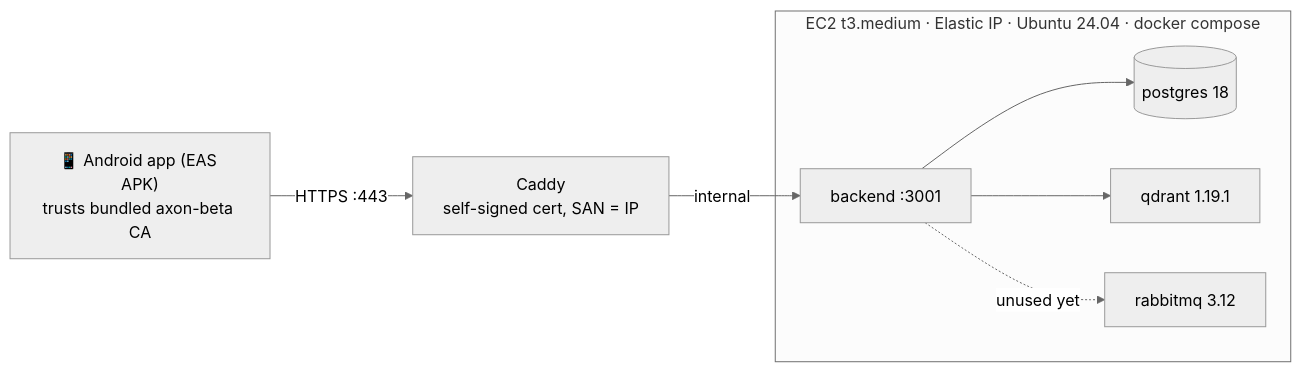
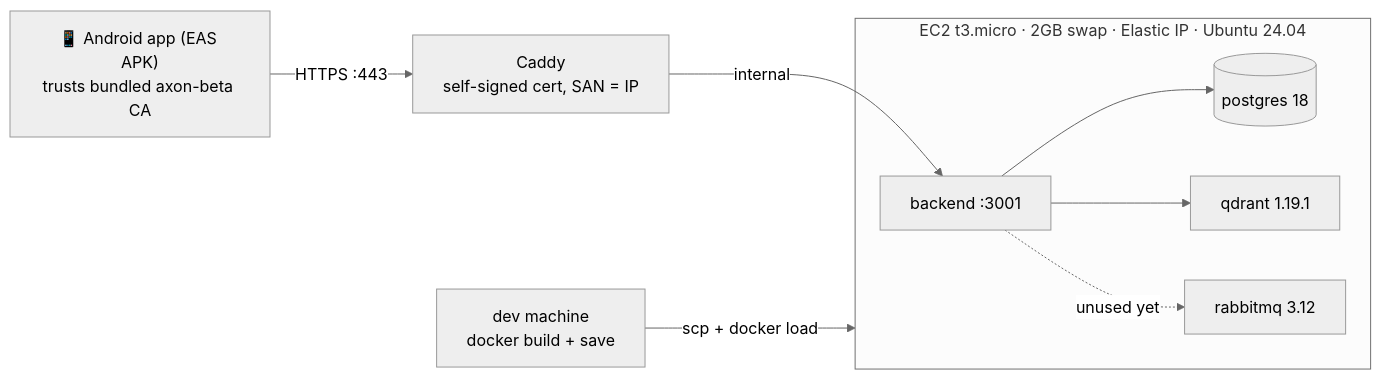
Before and after one commit to IAmPavelDev/axonpath: the diagram in knowledge-base/DEPLOY_AWS_BETA.md, drawn with Mermaid (neutral theme). The commit also changed other lines of this file and 3 other files, not shown here.

Commit message:
Right-size AWS beta for free tier: t3.micro + swap, dev-built image shipped via save/load

````diff
--- a/knowledge-base/DEPLOY_AWS_BETA.md
+++ b/knowledge-base/DEPLOY_AWS_BETA.md
@@ -14,10 +13,11 @@
 ```mermaid
 flowchart LR
     P["📱 Android app (EAS APK)\ntrusts bundled axon-beta CA"] -->|"HTTPS :443"| C["Caddy\nself-signed cert, SAN = IP"]
     C -->|"internal"| B["backend :3001"]
-    subgraph EC2["EC2 t3.medium · Elastic IP · Ubuntu 24.04 · docker compose"]
+    subgraph EC2["EC2 t3.micro · 2GB swap · Elastic IP · Ubuntu 24.04"]
         B --> PG[("postgres 18")]
         B --> Q["qdrant 1.19.1"]
         B -. "unused yet" .-> RM["rabbitmq 3.12"]
     end
+    D["dev machine\ndocker build + save"] -->|"scp + docker load"| EC2
 ```
````
